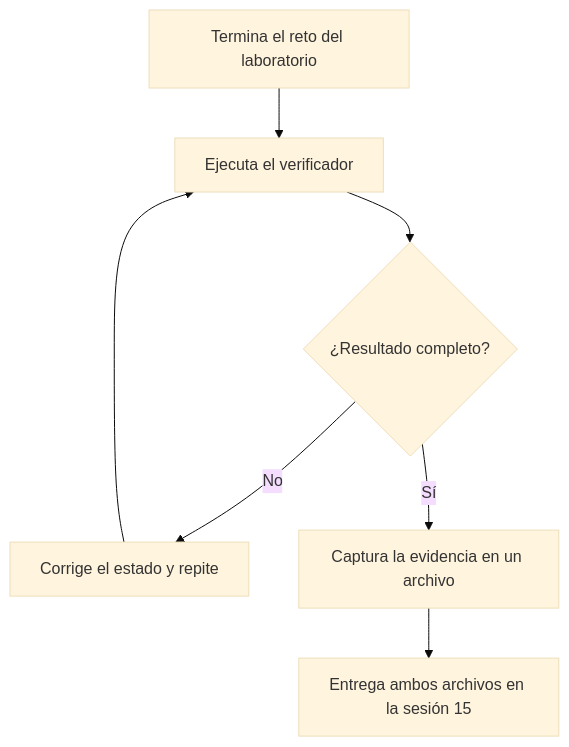
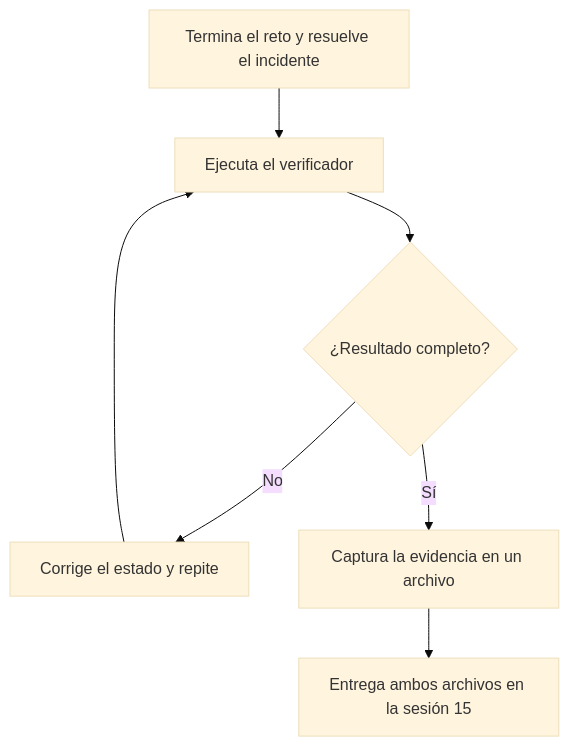
Before and after one commit to lfarizav/topicos-especiales: the diagram in modulo8/guia-entrega-laboratorios-gitops.md, drawn with Mermaid (base theme). The commit also changed other lines of this file and 9 other files, not shown here.

````diff
--- a/modulo8/guia-entrega-laboratorios-gitops.md
+++ b/modulo8/guia-entrega-laboratorios-gitops.md
@@ -27,9 +34,9 @@
 ```mermaid
 flowchart TD
-    A["Termina el reto del laboratorio"] --> B["Ejecuta el verificador"]
+    A["Termina el reto y resuelve el incidente"] --> B["Ejecuta el verificador"]
     B --> C{"¿Resultado completo?"}
     C -- No --> D["Corrige el estado y repite"]
     D --> B
     C -- Sí --> E["Captura la evidencia en un archivo"]
     E --> F["Entrega ambos archivos en la sesión 15"]
 ```
````
